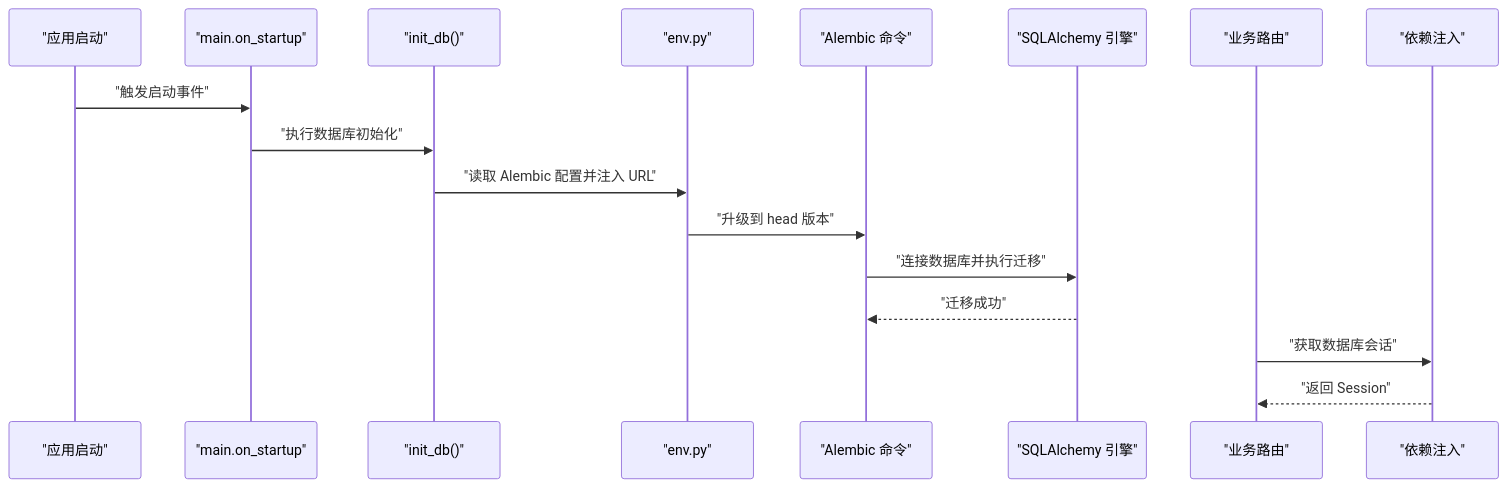
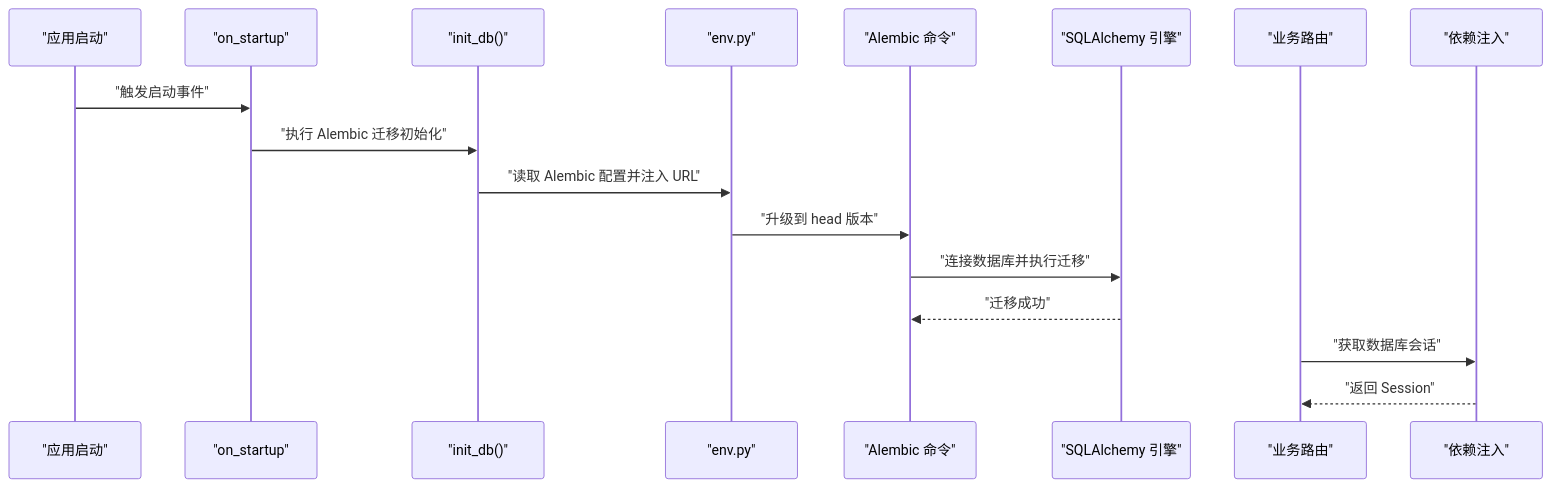
Before and after one commit to selectzhangyuan/AI-photo-coach: the second of 6 diagrams in .qoder/repowiki/zh/content/存储和缓存/数据库管理.md, drawn with Mermaid. The commit also changed other lines of this file and 29 other files, not shown here.

````diff
--- a/.qoder/repowiki/zh/content/存储和缓存/数据库管理.md
+++ b/.qoder/repowiki/zh/content/存储和缓存/数据库管理.md
@@ -126,19 +139,19 @@
 ```mermaid
 sequenceDiagram
 participant App as "应用启动"
-participant Main as "main.on_startup"
+participant Main as "on_startup"
 participant DB as "init_db()"
 participant Env as "env.py"
 participant Alembic as "Alembic 命令"
 participant Engine as "SQLAlchemy 引擎"
 participant Router as "业务路由"
 participant Deps as "依赖注入"
 App->>Main : "触发启动事件"
-Main->>DB : "执行数据库初始化"
+Main->>DB : "执行 Alembic 迁移初始化"
 DB->>Env : "读取 Alembic 配置并注入 URL"
 Env->>Alembic : "升级到 head 版本"
 Alembic->>Engine : "连接数据库并执行迁移"
 Engine-->>Alembic : "迁移成功"
 Router->>Deps : "获取数据库会话"
 Deps-->>Router : "返回 Session"
 ```
````
